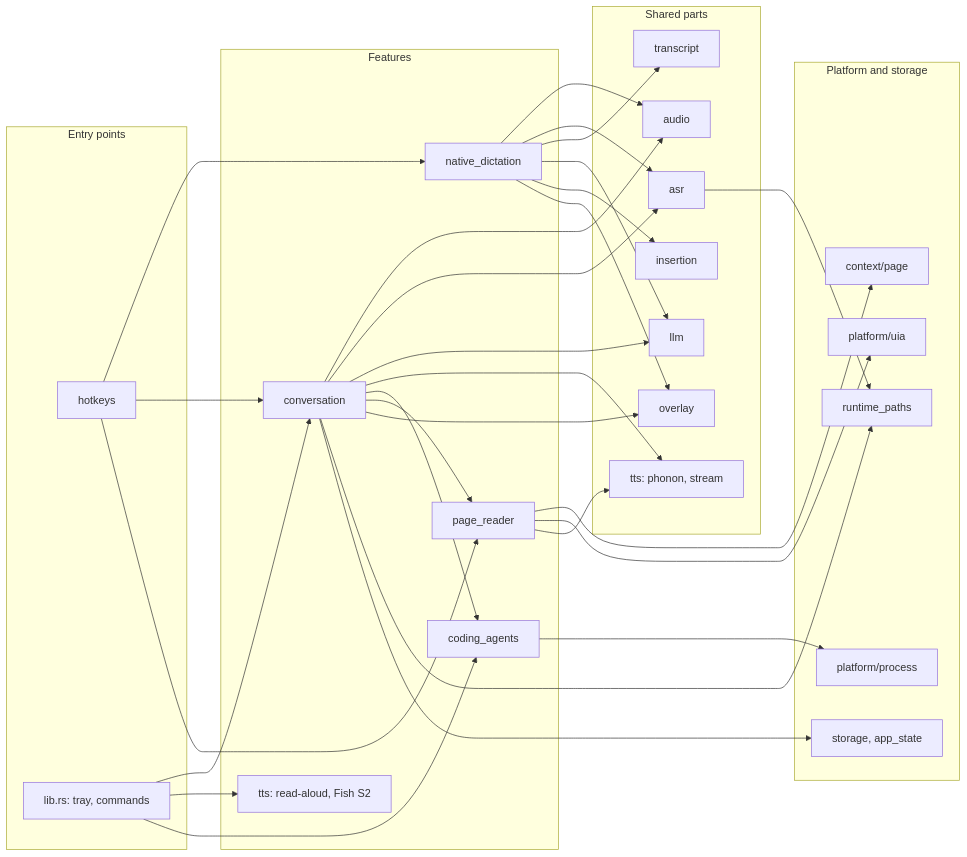
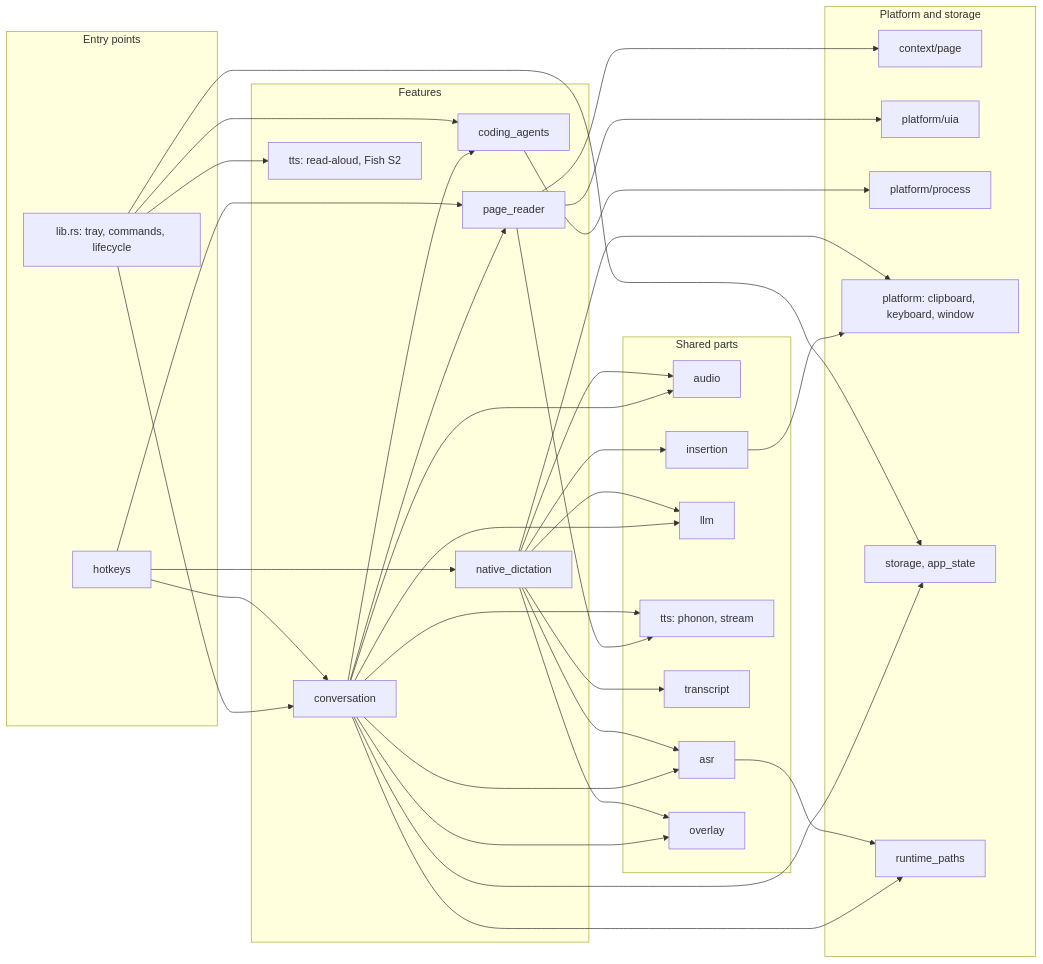
One commit to liulawrence2002/localflow changed the first of 5 diagrams in docs/ARCHITECTURE.md. Above: the diagram before and after it, drawn with Mermaid. The commit also changed other lines of this file and 33 other files, not shown here.

First line of the commit message:
docs: user guide, architecture, privacy, changelog and contributor docs for the hardening round

````diff
--- a/docs/ARCHITECTURE.md
+++ b/docs/ARCHITECTURE.md
@@ -14,56 +14,60 @@
 ```mermaid
 flowchart LR
   subgraph entry["Entry points"]
     hotkeys["hotkeys"]
-    lib["lib.rs: tray, commands"]
+    lib["lib.rs: tray, commands, lifecycle"]
   end
   subgraph features["Features"]
     dictation["native_dictation"]
     conversation["conversation"]
     reader["page_reader"]
     agents["coding_agents"]
     readaloud["tts: read-aloud, Fish S2"]
   end
   subgraph shared["Shared parts"]
     audio["audio"]
     asr["asr"]
     llm["llm"]
     voice["tts: phonon, stream"]
     transcript["transcript"]
     insertion["insertion"]
     overlay["overlay"]
   end
   subgraph platform["Platform and storage"]
     page["context/page"]
     uia["platform/uia"]
     process["platform/process"]
+    win["platform: clipboard, keyboard, window"]
     storage["storage, app_state"]
     paths["runtime_paths"]
   end
   hotkeys --> dictation
   hotkeys --> conversation
   hotkeys --> reader
   lib --> conversation
   lib --> readaloud
   lib --> agents
   dictation --> audio
   dictation --> asr
   dictation --> transcript
   dictation --> llm
   dictation --> insertion
   dictation --> overlay
+  dictation --> win
+  insertion --> win
+  lib --> storage
   conversation --> audio
   conversation --> asr
   conversation --> llm
   conversation --> voice
   conversation --> agents
   conversation --> reader
   conversation --> overlay
   reader --> page
   reader --> uia
   reader --> voice
   agents --> process
   asr --> paths
   conversation --> paths
   conversation --> storage
 ```
````
